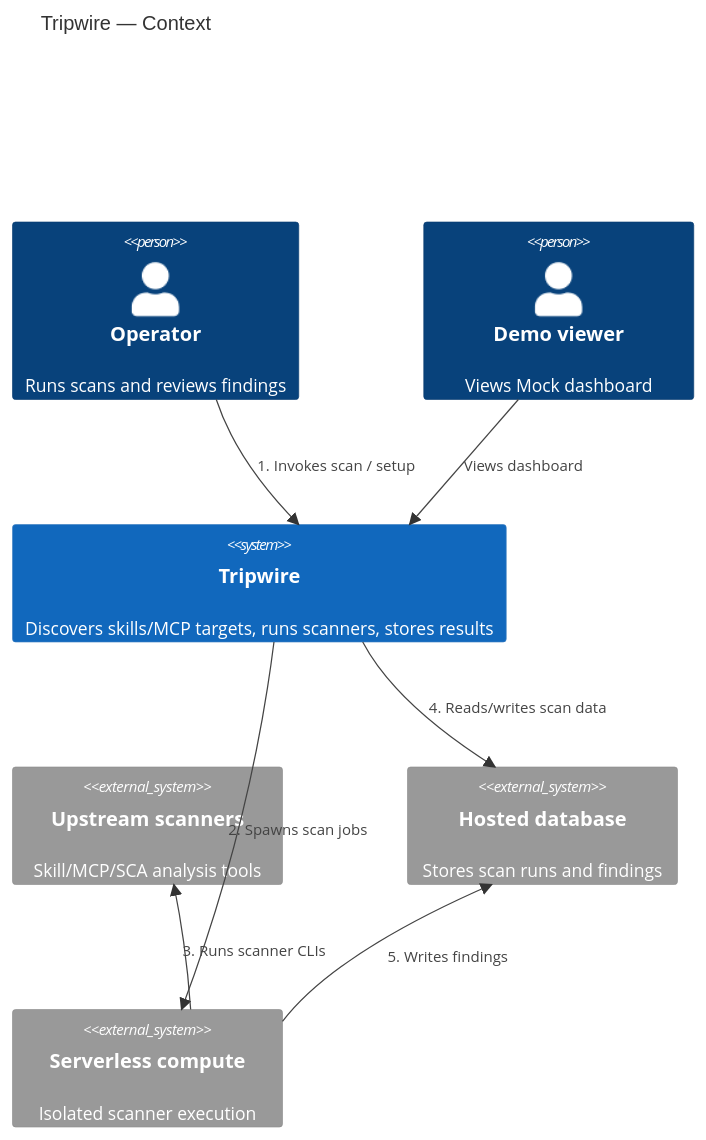
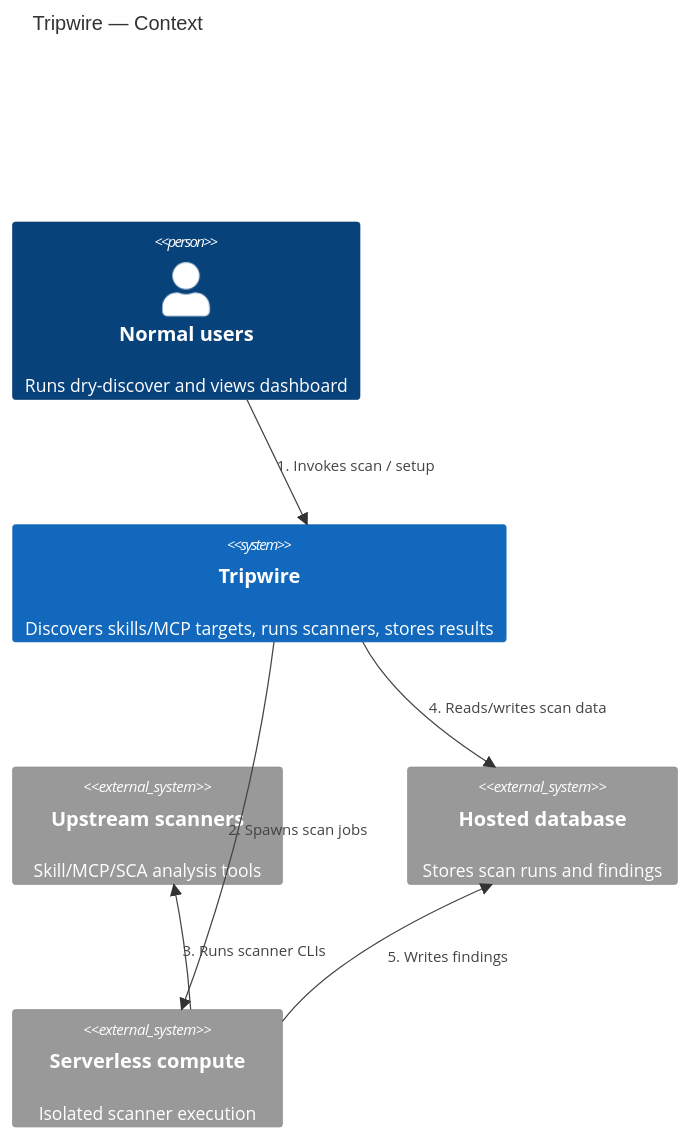
One commit to neomatrix369/tripwire changed the first of 4 diagrams in docs/ARCHITECTURE.md. Above: the diagram before and after it, drawn with Mermaid. The commit also changed other lines of this file and 12 other files, not shown here.

First line of the commit message:
docs(slice-14): align terminology and clean up roadmap references

````diff
--- a/docs/ARCHITECTURE.md
+++ b/docs/ARCHITECTURE.md
@@ -13,18 +13,17 @@
 ```mermaid
 C4Context
   title Tripwire — Context
 
-  Person(operator, "Operator", "Runs scans and reviews findings")
-  Person(demo, "Demo viewer", "Views Mock dashboard")
+  Person(analyst, "Security expert", "Runs scans and reviews findings")
+  Person(analyst, "Normal users", "Runs dry-discover and views dashboard")
   System(tripwire, "Tripwire", "Discovers skills/MCP targets, runs scanners, stores results")
   System_Ext(scanners, "Upstream scanners", "Skill/MCP/SCA analysis tools")
   System_Ext(cloudDb, "Hosted database", "Stores scan runs and findings")
   System_Ext(compute, "Serverless compute", "Isolated scanner execution")
 
-  Rel(demo, tripwire, "Views dashboard")
-  Rel(operator, tripwire, "1. Invokes scan / setup")
+  Rel(analyst, tripwire, "1. Invokes scan / setup")
   Rel(tripwire, compute, "2. Spawns scan jobs")
   Rel(compute, scanners, "3. Runs scanner CLIs")
   Rel(tripwire, cloudDb, "4. Reads/writes scan data")
   Rel(compute, cloudDb, "5. Writes findings")
 ```
````
